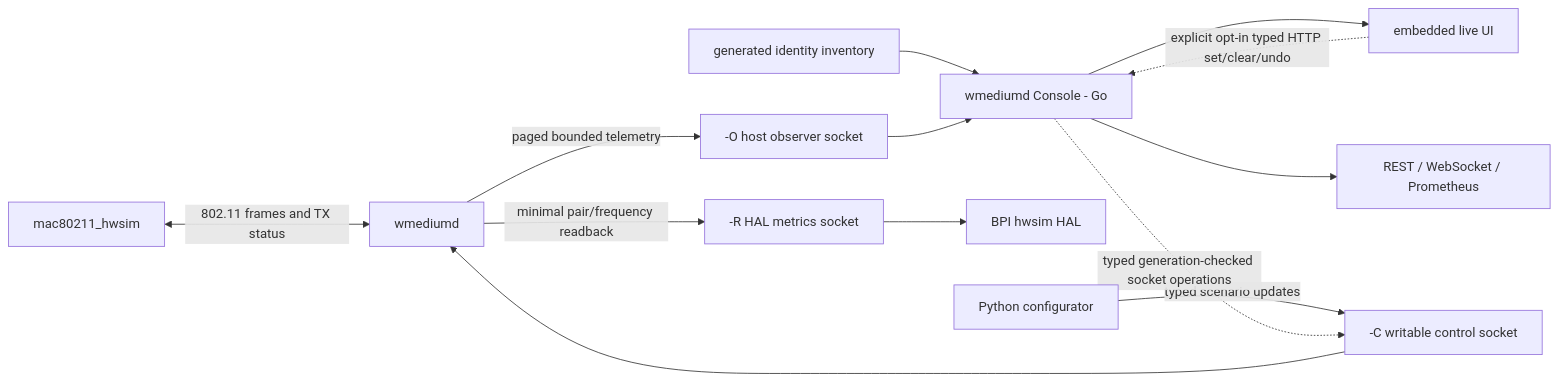
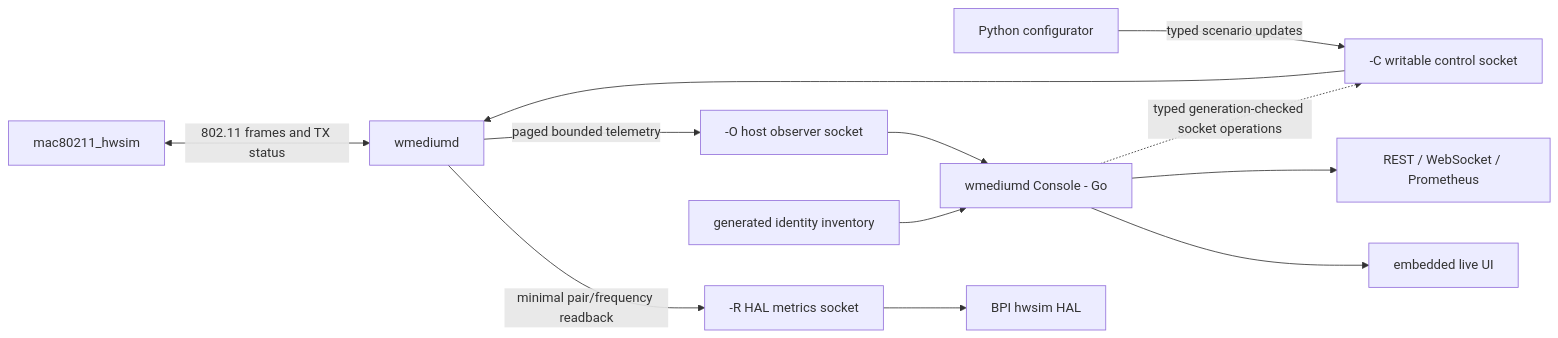
The diagram in doc/easymesh/reference/radio/console.md (boardfarmdevs/meta-cmf-bananapi-vcpe), drawn with Mermaid before and after one commit. The commit also changed other lines of this file and 30 other files, not shown here.

````diff
--- a/doc/easymesh/reference/radio/console.md
+++ b/doc/easymesh/reference/radio/console.md
@@ -57,15 +57,14 @@
 ```mermaid
 flowchart LR
     H[mac80211_hwsim] <-->|802.11 frames and TX status| W[wmediumd]
     C[Python configurator] -->|typed scenario updates| WC[-C writable control socket]
     WC --> W
     W -->|minimal pair/frequency readback| R[-R HAL metrics socket]
     R --> B[BPI hwsim HAL]
     W -->|paged bounded telemetry| O[-O host observer socket]
     I[generated identity inventory] --> G[wmediumd Console - Go]
     O --> G
     G --> UI[embedded live UI]
     G --> API[REST / WebSocket / Prometheus]
-    UI -. explicit opt-in typed HTTP set/clear/undo .-> G
     G -. typed generation-checked socket operations .-> WC
 ```
````
